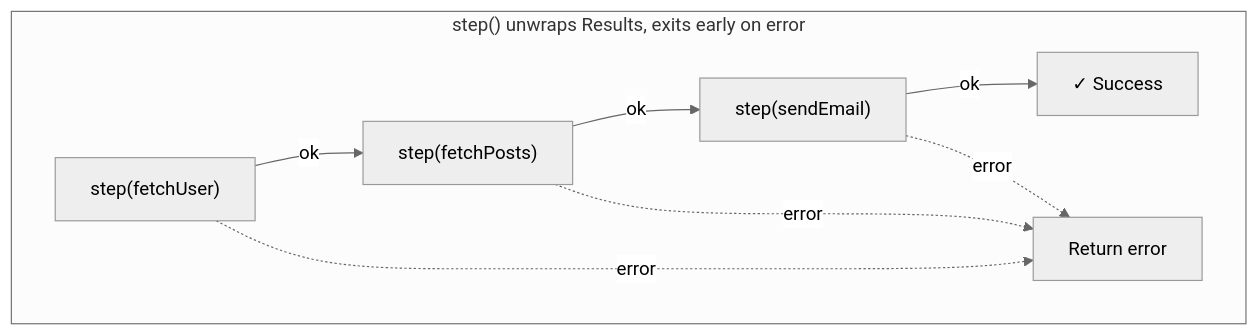
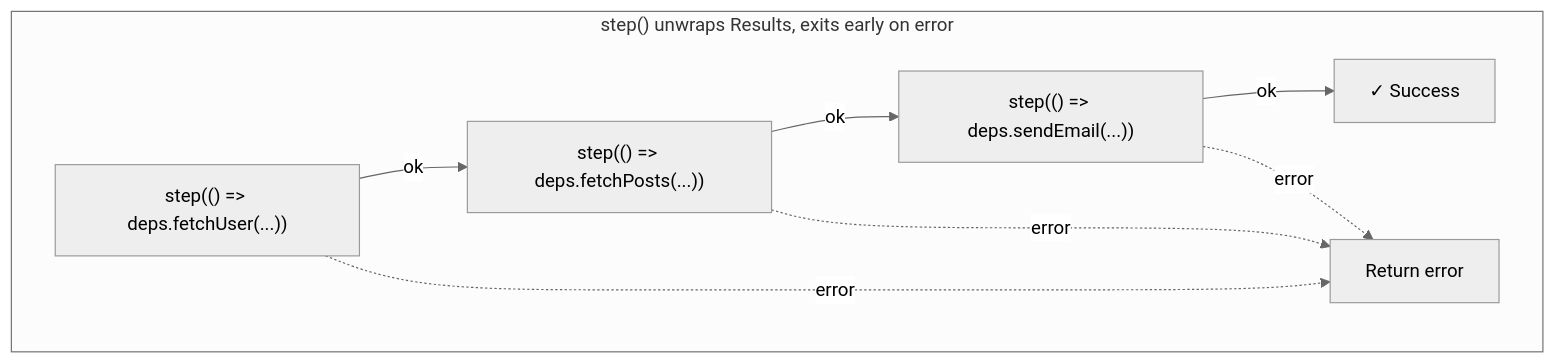
The diagram in README.md (jagreehal/awaitly), drawn with Mermaid (neutral theme) before and after one commit. The commit also changed other lines of this file and 19 other files, not shown here.

````diff
--- a/README.md
+++ b/README.md
@@ -197,12 +184,12 @@
 ```mermaid
 flowchart TD
     subgraph "step() unwraps Results, exits early on error"
-        S1["step(fetchUser)"] -->|ok| S2["step(fetchPosts)"]
-        S2 -->|ok| S3["step(sendEmail)"]
+        S1["step(() => deps.fetchUser(...))"] -->|ok| S2["step(() => deps.fetchPosts(...))"]
+        S2 -->|ok| S3["step(() => deps.sendEmail(...))"]
         S3 -->|ok| S4["✓ Success"]
 
         S1 -.->|error| EXIT["Return error"]
         S2 -.->|error| EXIT
         S3 -.->|error| EXIT
     end
 ```
````
